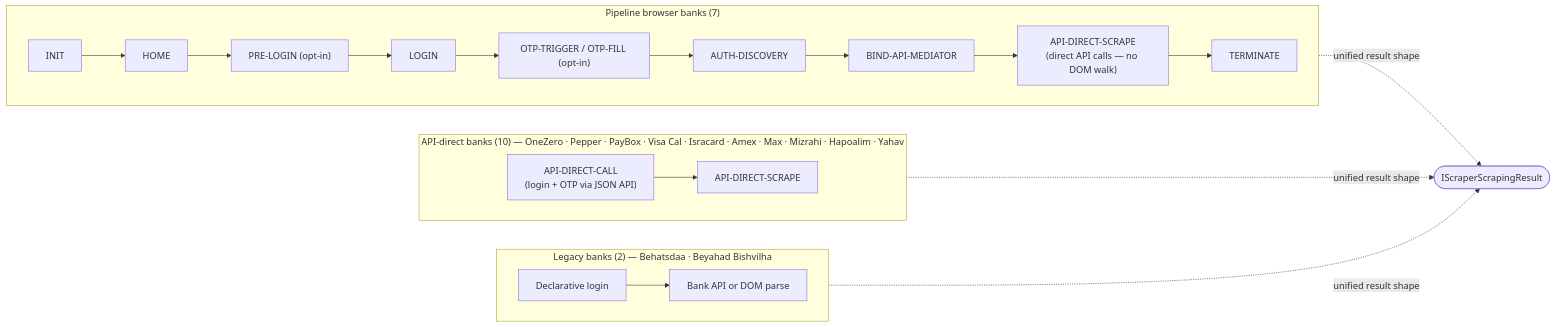
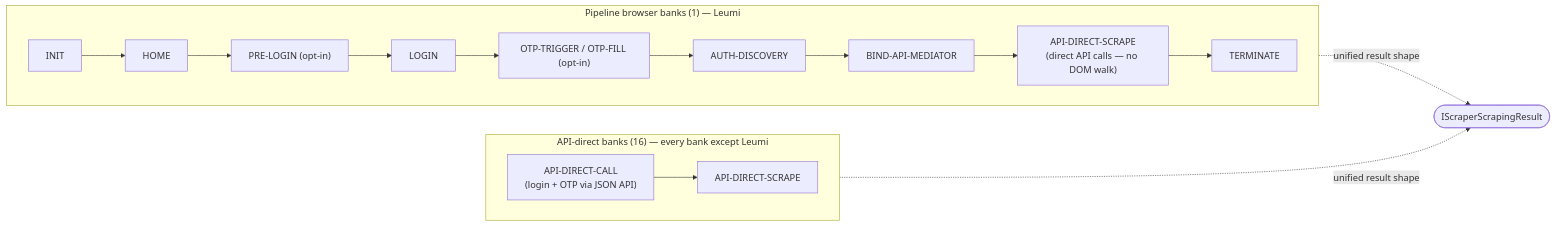
One commit to sergienko4/israeli-bank-scrapers changed the diagram in README.md. Above: the diagram before and after it, drawn with Mermaid. The commit also changed other lines of this file and 120 other files, not shown here.

First line of the commit message:
feat!: remove Behatsdaa, BeyahadBishvilha (#722)

````diff
--- a/README.md
+++ b/README.md
@@ -396,27 +389,21 @@
 ```mermaid
 flowchart LR
-    subgraph BB["Pipeline browser banks (7)"]
+    subgraph BB["Pipeline browser banks (1) — Leumi"]
       direction LR
       INIT --> HOME --> PRELOGIN["PRE-LOGIN (opt-in)"]
       PRELOGIN --> LOGIN
       LOGIN --> OTP["OTP-TRIGGER / OTP-FILL (opt-in)"]
       OTP --> AUTH["AUTH-DISCOVERY"]
       AUTH --> BIND["BIND-API-MEDIATOR"]
       BIND --> SCRAPE["API-DIRECT-SCRAPE<br/>(direct API calls — no DOM walk)"]
       SCRAPE --> TERM["TERMINATE"]
     end
 
-    subgraph API["API-direct banks (10) — OneZero · Pepper · PayBox · Visa Cal · Isracard · Amex · Max · Mizrahi · Hapoalim · Yahav"]
+    subgraph API["API-direct banks (16) — every bank except Leumi"]
       direction LR
       CALL["API-DIRECT-CALL<br/>(login + OTP via JSON API)"] --> SCR["API-DIRECT-SCRAPE"]
     end
 
-    subgraph LEG["Legacy banks (2) — Behatsdaa · Beyahad Bishvilha"]
-      direction LR
-      LLOGIN["Declarative login"] --> LFETCH["Bank API or DOM parse"]
-    end
-
     BB -.->|"unified result shape"| RESULT(["IScraperScrapingResult"])
     API -.->|"unified result shape"| RESULT
-    LEG -.->|"unified result shape"| RESULT
 ```
````
